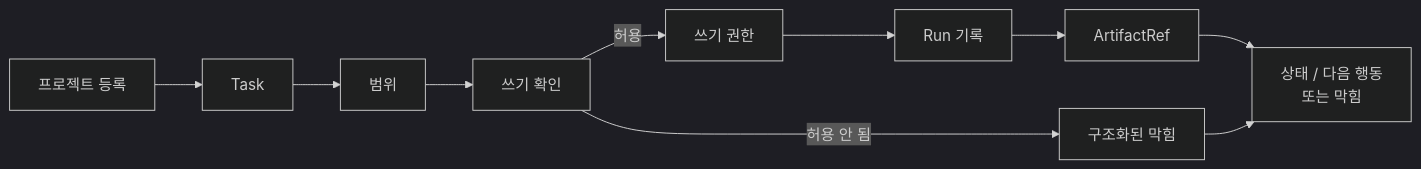
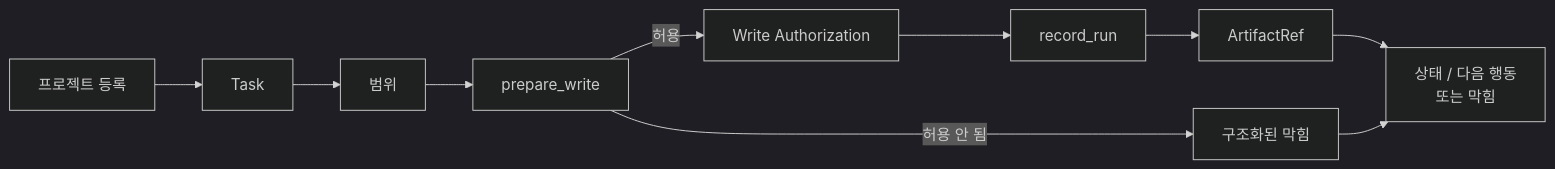
Before and after one commit to minjungw00/Harness_Project: the second of 2 diagrams in docs/ko/build/mvp-plan.md, drawn with Mermaid (dark theme). The commit also changed other lines of this file and 9 other files, not shown here.

````diff
--- a/docs/ko/build/mvp-plan.md
+++ b/docs/ko/build/mvp-plan.md
@@ -170,12 +190,12 @@
 ```mermaid
 flowchart LR
   Register["프로젝트 등록"] --> Task["Task"]
   Task --> Scope["범위"]
-  Scope --> Check["쓰기 확인"]
-  Check -->|허용| Authorization["쓰기 권한"]
-  Authorization --> Run["Run 기록"]
+  Scope --> Check["prepare_write"]
+  Check -->|허용| Authorization["Write Authorization"]
+  Authorization --> Run["record_run"]
   Run --> Evidence["ArtifactRef"]
   Check -->|허용 안 됨| Blocker["구조화된 막힘"]
   Evidence --> Status["상태 / 다음 행동<br/>또는 막힘"]
   Blocker --> Status
 ```
````
